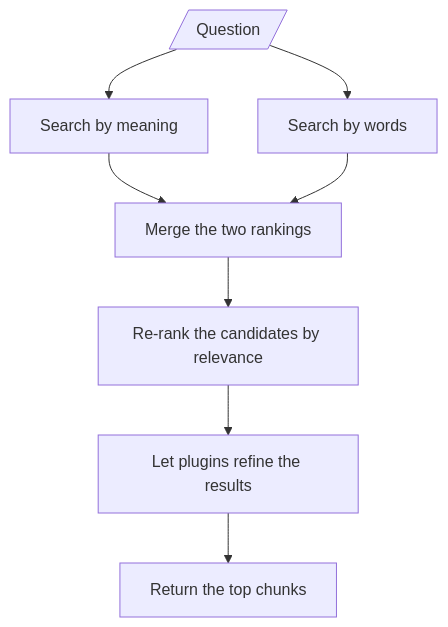
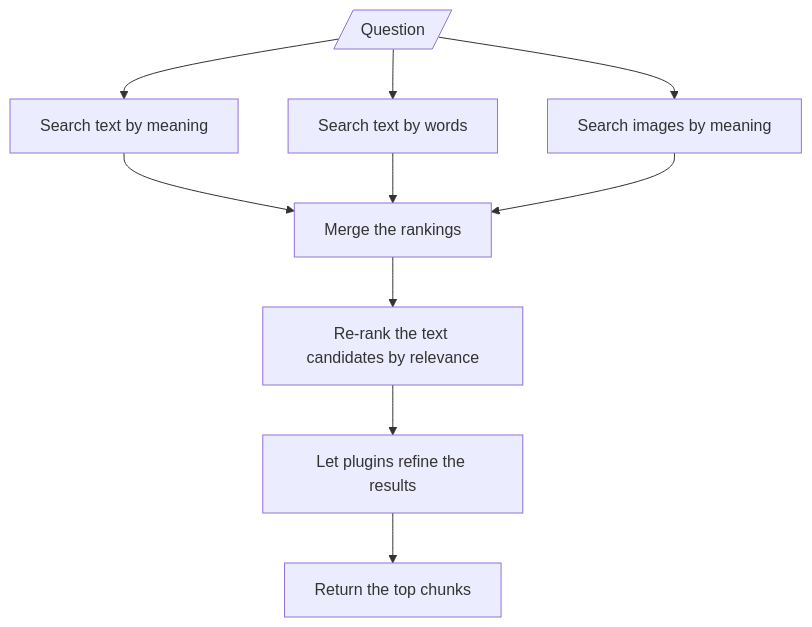
One commit to kylehue/agentic-rag changed the third of 5 diagrams in README.md. Above: the diagram before and after it, drawn with Mermaid. The commit also changed other lines of this file and 48 other files, not shown here.

````diff
--- a/README.md
+++ b/README.md
@@ -203,10 +203,12 @@
 ```mermaid
 flowchart TD
-    Q[/Question/] --> A["Search by meaning"]
-    Q --> B["Search by words"]
-    A --> C["Merge the two rankings"]
+    Q[/Question/] --> A["Search text by meaning"]
+    Q --> B["Search text by words"]
+    Q --> I["Search images by meaning"]
+    A --> C["Merge the rankings"]
     B --> C
-    C --> R["Re-rank the candidates by relevance"]
+    I --> C
+    C --> R["Re-rank the text candidates by relevance"]
     R --> D["Let plugins refine the results"]
     D --> E["Return the top chunks"]
 ```
````
